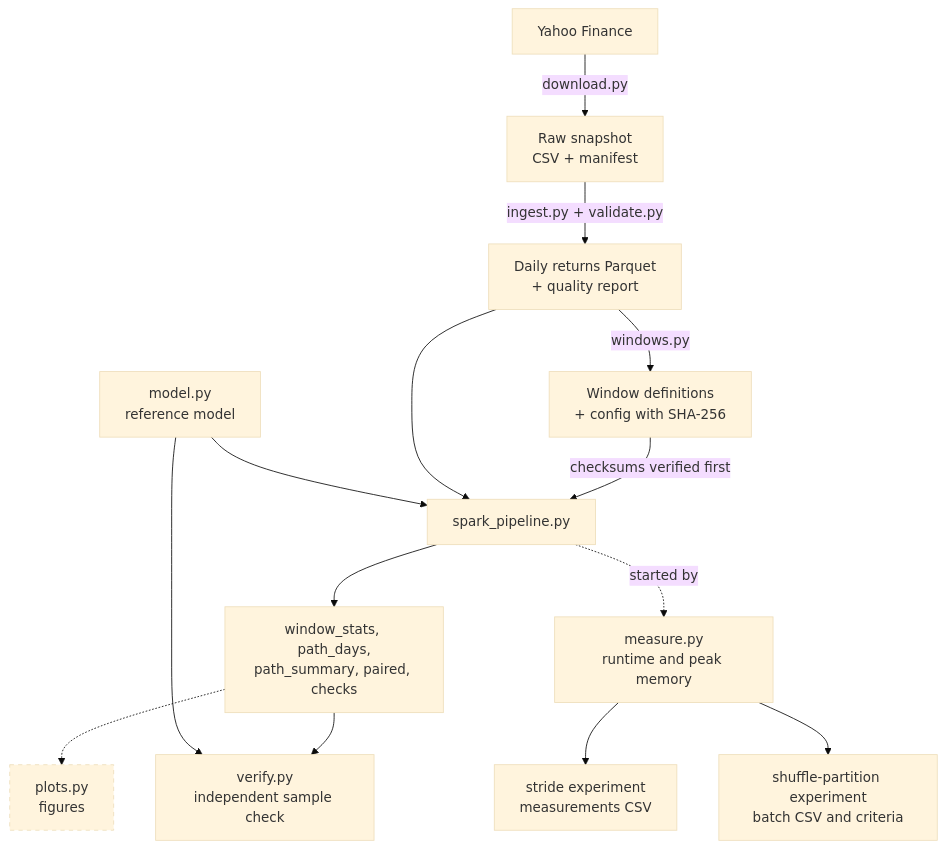
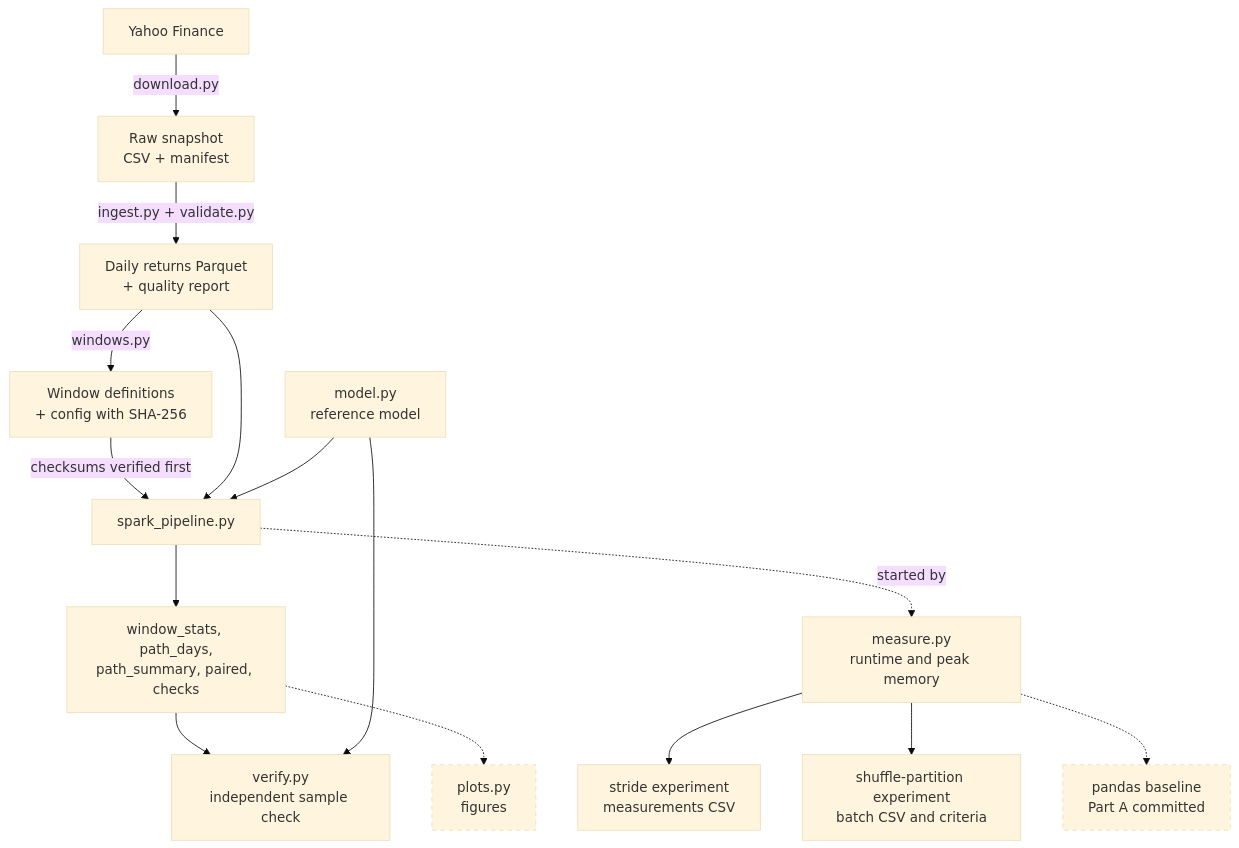
Before and after one commit to kelly-0111/leveraged-etf-risk-analytics: the first of 2 diagrams in docs/spec.md, drawn with Mermaid (base theme). The commit also changed other lines of this file and 2 other files, not shown here.

First line of the commit message:
Add the pandas baseline's design and predictions (Part A)

````diff
--- a/docs/spec.md
+++ b/docs/spec.md
@@ -173,18 +180,19 @@
 ```mermaid
 flowchart TD
     Y[Yahoo Finance] -->|download.py| R[Raw snapshot<br/>CSV + manifest]
     R -->|ingest.py + validate.py| P[Daily returns Parquet<br/>+ quality report]
     P -->|windows.py| W[Window definitions<br/>+ config with SHA-256]
     W -->|checksums verified first| S[spark_pipeline.py]
     P --> S
     M[model.py<br/>reference model] --> S
     S --> O[window_stats, path_days,<br/>path_summary, paired, checks]
     O --> V[verify.py<br/>independent sample check]
     M --> V
     S -.->|started by| B[measure.py<br/>runtime and peak memory]
     B --> E[stride experiment<br/>measurements CSV]
     B --> E2[shuffle-partition experiment<br/>batch CSV and criteria]
+    B -.-> E3[pandas baseline<br/>Part A committed]
     O -.-> F[plots.py<br/>figures]
     classDef planned stroke-dasharray: 5 5
-    class F planned
+    class E3,F planned
 ```
````
